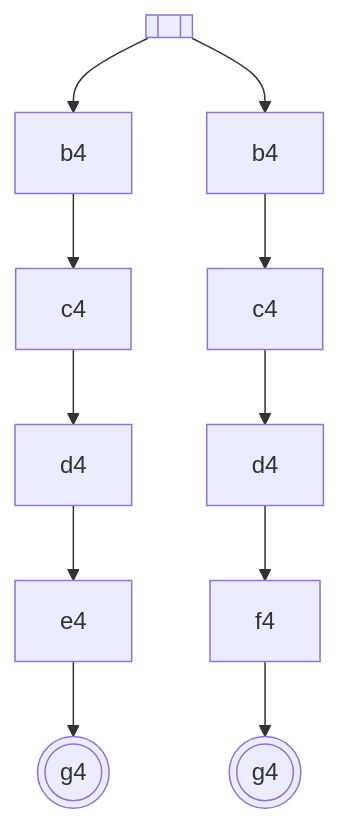
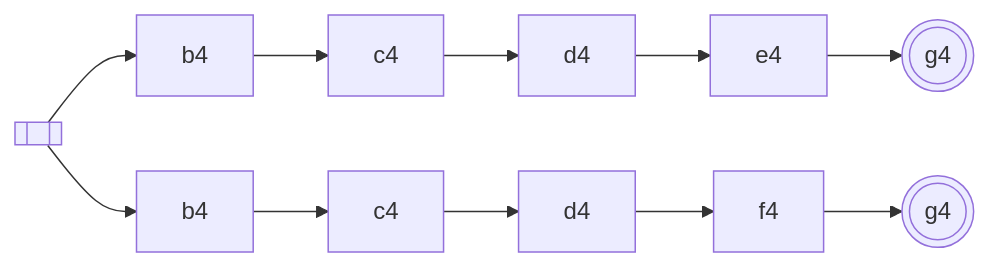
Diagram 23 of 24 in Blog/GLR-Refactoring/Mermaid.md (vczh-websites/vczh), drawn with Mermaid before and after one commit. The commit also changed other lines of this file, not shown here.

````diff
--- a/Blog/GLR-Refactoring/Mermaid.md
+++ b/Blog/GLR-Refactoring/Mermaid.md
@@ -608,5 +608,5 @@
 ```mermaid
-graph TD
+graph LR
   S[[ ]]-->b4_1[b4]-->c4_1[c4]-->d4_1[d4]-->e4_1[e4]-->g4_1(((g4)))
   S-->b4_2[b4]-->c4_2[c4]-->d4_2[d4]-->f4_2[f4]-->g4_2(((g4)))
 ```
````
